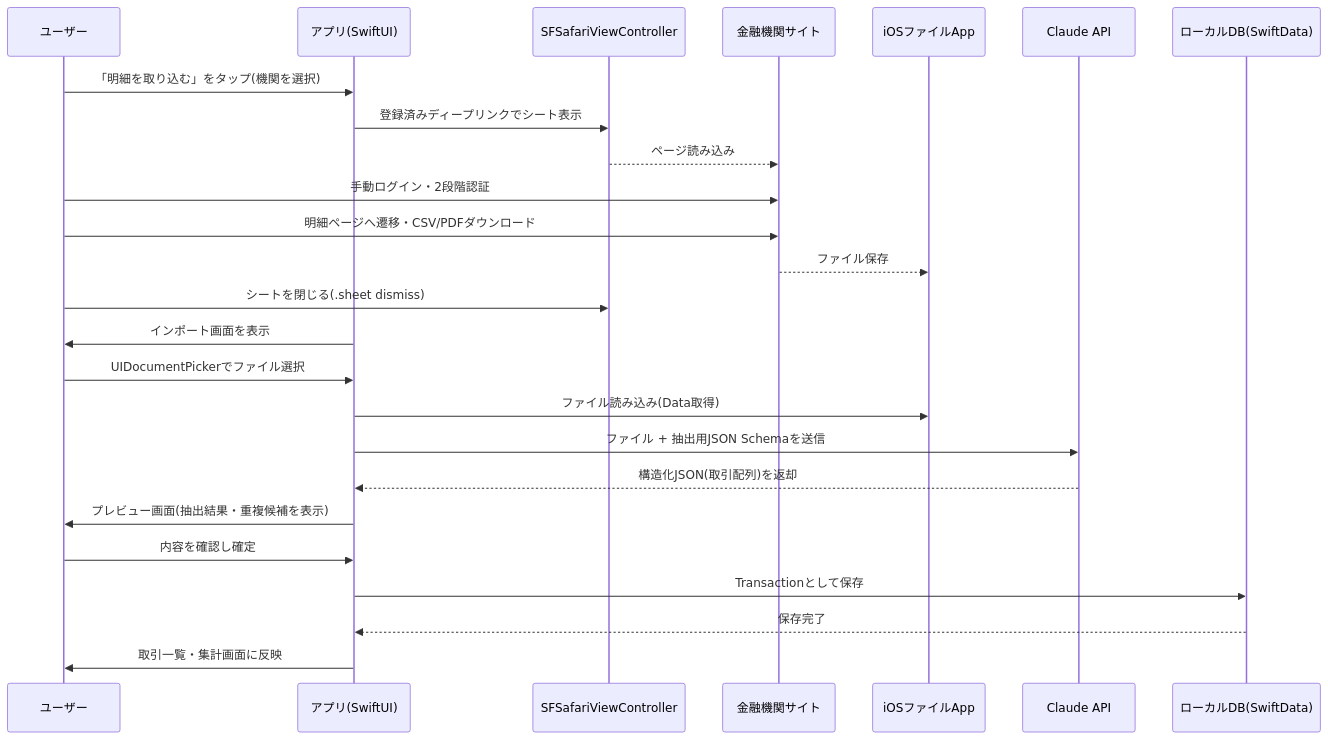
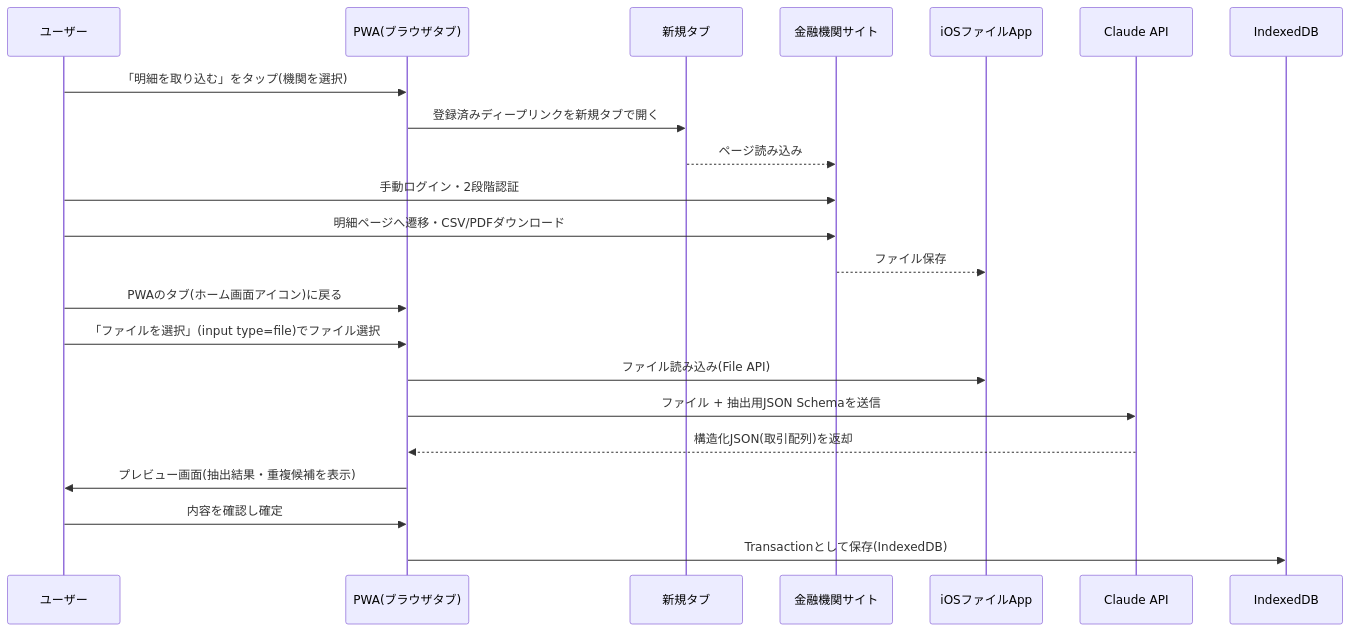
The second of 2 diagrams in docs/architecture.md (gotohhirohiko-netizen/sample), drawn with Mermaid before and after one commit. The commit also changed other lines of this file and 4 other files, not shown here.

First line of the commit message:
Pivot from native iOS (Swift/SwiftUI) to a PWA

````diff
--- a/docs/architecture.md
+++ b/docs/architecture.md
@@ -68,28 +82,25 @@
 ```mermaid
 sequenceDiagram
     participant User as ユーザー
-    participant App as アプリ(SwiftUI)
-    participant Safari as SFSafariViewController
+    participant PWA as PWA(ブラウザタブ)
+    participant NewTab as 新規タブ
     participant Bank as 金融機関サイト
     participant Files as iOSファイルApp
     participant Claude as Claude API
-    participant DB as ローカルDB(SwiftData)
+    participant DB as IndexedDB
 
-    User->>App: 「明細を取り込む」をタップ(機関を選択)
-    App->>Safari: 登録済みディープリンクでシート表示
-    Safari-->>Bank: ページ読み込み
+    User->>PWA: 「明細を取り込む」をタップ(機関を選択)
+    PWA->>NewTab: 登録済みディープリンクを新規タブで開く
+    NewTab-->>Bank: ページ読み込み
     User->>Bank: 手動ログイン・2段階認証
     User->>Bank: 明細ページへ遷移・CSV/PDFダウンロード
     Bank-->>Files: ファイル保存
-    User->>Safari: シートを閉じる(.sheet dismiss)
-    App->>User: インポート画面を表示
-    User->>App: UIDocumentPickerでファイル選択
-    App->>Files: ファイル読み込み(Data取得)
-    App->>Claude: ファイル + 抽出用JSON Schemaを送信
-    Claude-->>App: 構造化JSON(取引配列)を返却
-    App->>User: プレビュー画面(抽出結果・重複候補を表示)
-    User->>App: 内容を確認し確定
-    App->>DB: Transactionとして保存
-    DB-->>App: 保存完了
-    App->>User: 取引一覧・集計画面に反映
+    User->>PWA: PWAのタブ(ホーム画面アイコン)に戻る
+    User->>PWA: 「ファイルを選択」(input type=file)でファイル選択
+    PWA->>Files: ファイル読み込み(File API)
+    PWA->>Claude: ファイル + 抽出用JSON Schemaを送信
+    Claude-->>PWA: 構造化JSON(取引配列)を返却
+    PWA->>User: プレビュー画面(抽出結果・重複候補を表示)
+    User->>PWA: 内容を確認し確定
+    PWA->>DB: Transactionとして保存(IndexedDB)
 ```
````
